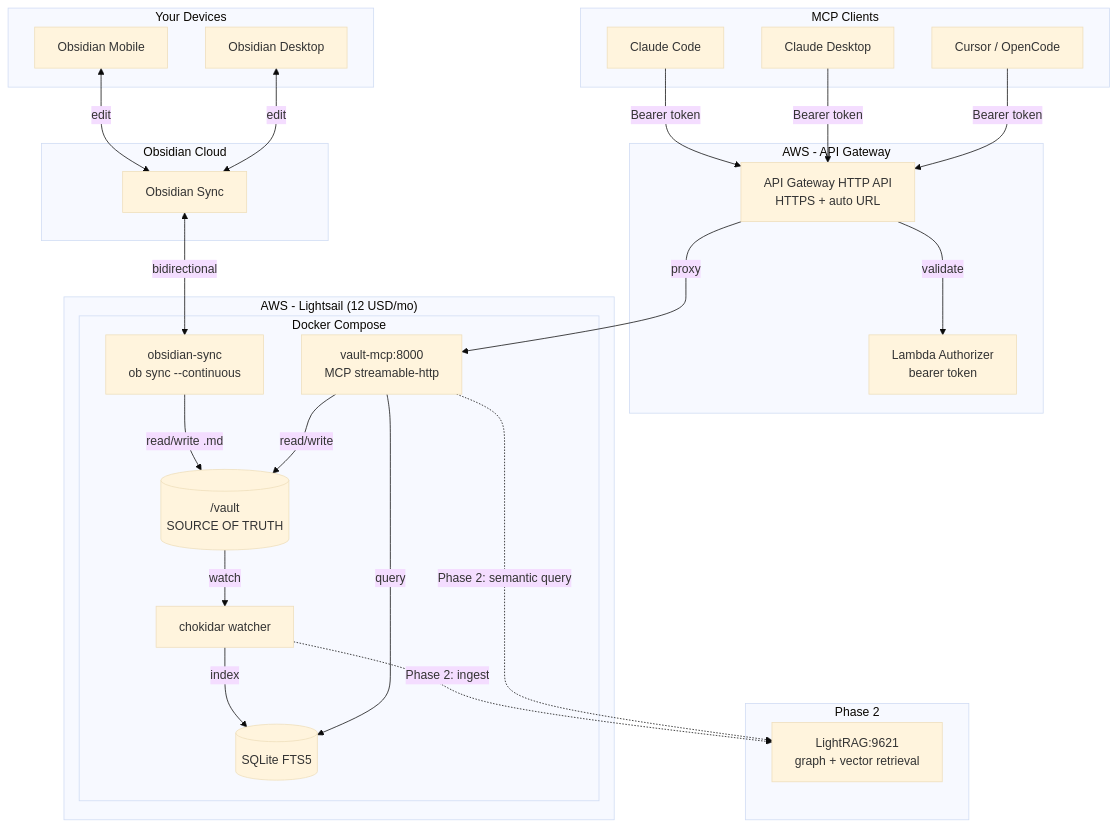
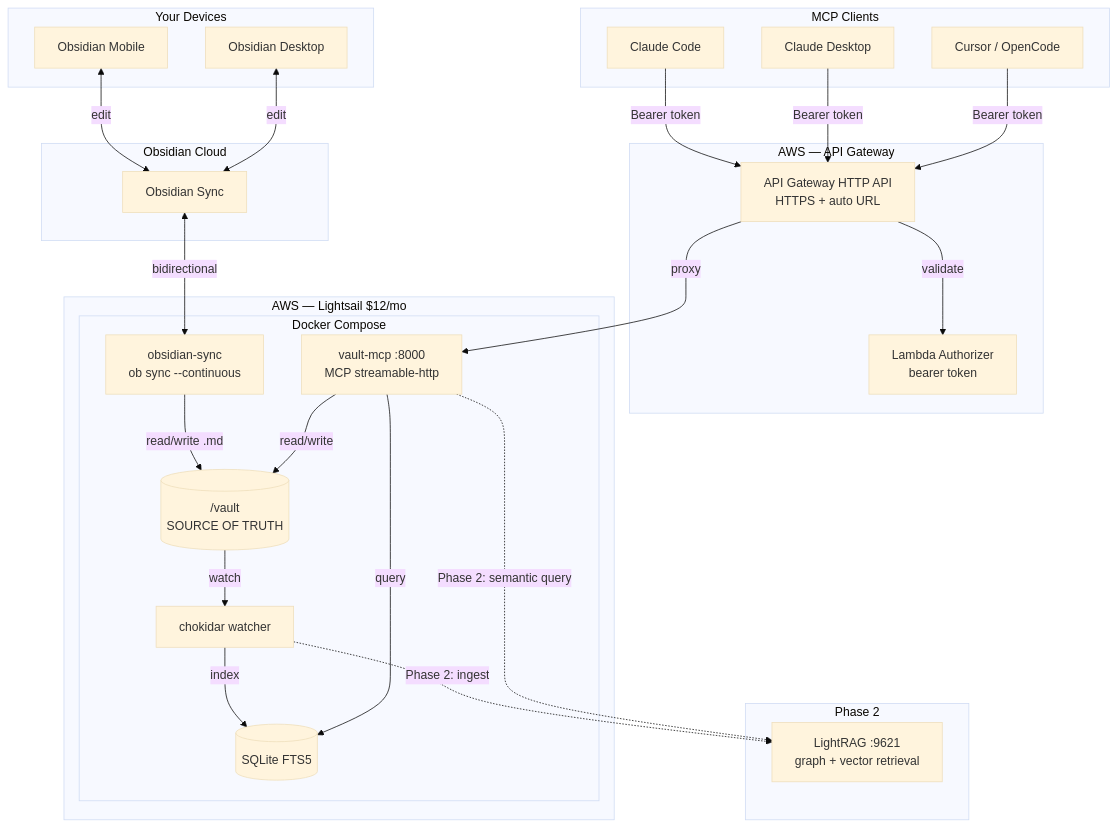
One commit to aliasunder/vault-cortex changed the diagram in ARCHITECTURE.md. Above: the diagram before and after it, drawn with Mermaid (base theme).

Commit message:
revert: restore original diagram label cosmetics
The diagram was rendering correctly on github.com web all along —
GitHub mobile just doesn't render mermaid. Keeping the explicit
subgraph IDs (defensive, no visual impact) but restoring em-dashes,
$12/mo, and the original port spacing.

````diff
--- a/ARCHITECTURE.md
+++ b/ARCHITECTURE.md
@@ -35,52 +35,52 @@
 ```mermaid
 graph TB
     subgraph devices ["Your Devices"]
         OBS_PHONE["Obsidian Mobile"]
         OBS_LAPTOP["Obsidian Desktop"]
     end
 
     subgraph cloud ["Obsidian Cloud"]
         SYNC["Obsidian Sync"]
     end
 
-    subgraph apigw_grp ["AWS - API Gateway"]
+    subgraph apigw_grp ["AWS — API Gateway"]
         APIGW["API Gateway HTTP API<br/>HTTPS + auto URL"]
         AUTH_FN["Lambda Authorizer<br/>bearer token"]
         APIGW -->|validate| AUTH_FN
     end
 
-    subgraph lightsail ["AWS - Lightsail (12 USD/mo)"]
+    subgraph lightsail ["AWS — Lightsail $12/mo"]
         subgraph compose ["Docker Compose"]
             OB_HEADLESS["obsidian-sync<br/>ob sync --continuous"]
             VAULT_FS[("/vault<br/>SOURCE OF TRUTH")]
-            MCP_SERVER["vault-mcp:8000<br/>MCP streamable-http"]
+            MCP_SERVER["vault-mcp :8000<br/>MCP streamable-http"]
             SQLITE[("SQLite FTS5")]
             WATCHER["chokidar watcher"]
         end
     end
 
     subgraph phase2 ["Phase 2"]
-        LIGHTRAG["LightRAG:9621<br/>graph + vector retrieval"]
+        LIGHTRAG["LightRAG :9621<br/>graph + vector retrieval"]
     end
 
     subgraph clients ["MCP Clients"]
         CC["Claude Code"]
         CD["Claude Desktop"]
         CU["Cursor / OpenCode"]
     end
 
     OBS_PHONE <-->|edit| SYNC
     OBS_LAPTOP <-->|edit| SYNC
     SYNC <-->|bidirectional| OB_HEADLESS
     OB_HEADLESS -->|read/write .md| VAULT_FS
     VAULT_FS -->|watch| WATCHER
     WATCHER -->|index| SQLITE
     WATCHER -.->|Phase 2: ingest| LIGHTRAG
     MCP_SERVER -->|read/write| VAULT_FS
     MCP_SERVER -->|query| SQLITE
     MCP_SERVER -.->|Phase 2: semantic query| LIGHTRAG
     CC -->|Bearer token| APIGW
     CD -->|Bearer token| APIGW
     CU -->|Bearer token| APIGW
     APIGW -->|proxy| MCP_SERVER
 ```
````
